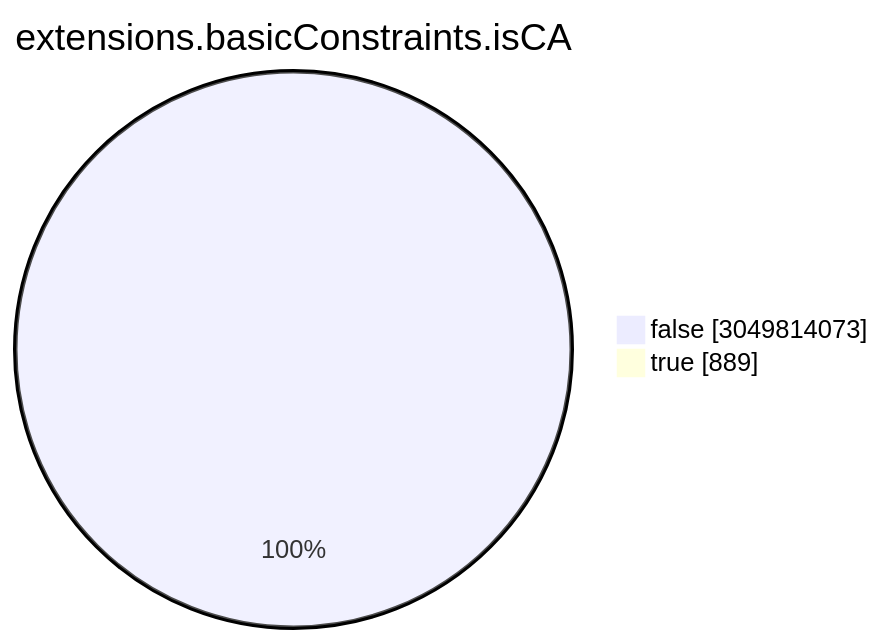
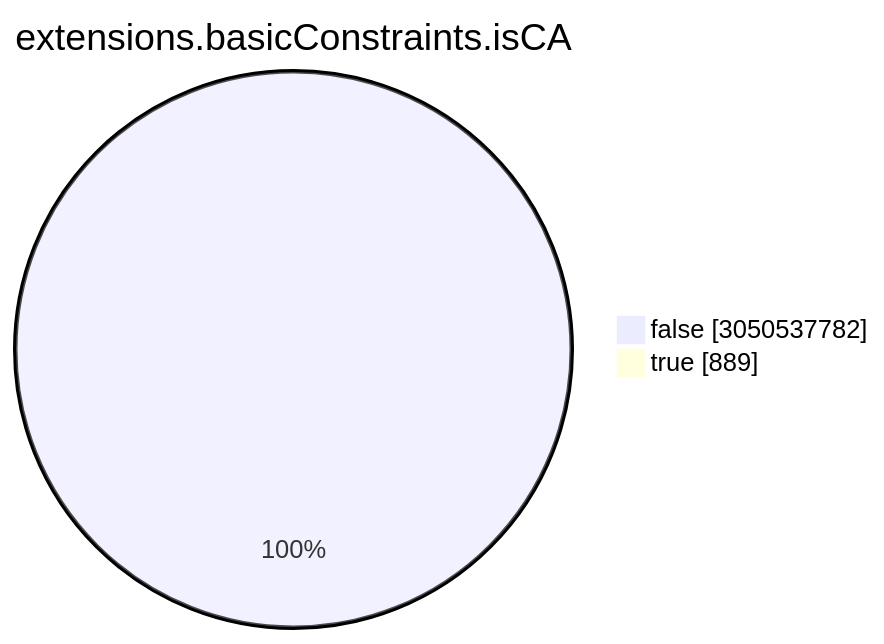
The seventh of 15 diagrams in TOTAL/README.md (christiankrug/ctmonitor_visualization), drawn with Mermaid before and after one commit. The commit also changed other lines of this file, not shown here.

````diff
--- a/TOTAL/README.md
+++ b/TOTAL/README.md
@@ -3088,6 +3088,6 @@
 ```mermaid
 pie showData
 title extensions.basicConstraints.isCA
-"false" :3049814073
+"false" :3050537782
 "true" :889
 ```
````
